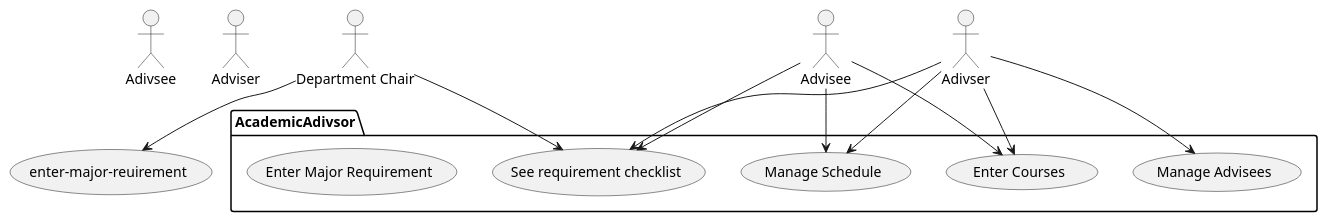
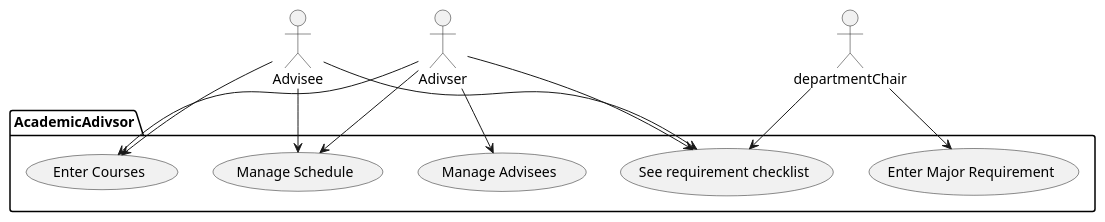
Before and after one commit to Jofosu/professor-student-advising-app: the diagram in Doc/use-cases/uml.puml, drawn with PlantUML.

Commit message:
fully fix uml

````diff
--- a/Doc/use-cases/uml.puml
+++ b/Doc/use-cases/uml.puml
@@ -1,23 +1,21 @@
 @startuml
-actor "Adivsee" as Adivsee
-actor "Adviser" as Adviser
-actor "Department Chair" as departmentChair
+
 
 package "AcademicAdivsor"{
   (See requirement checklist) as (check-major-requirments)
   (Enter Courses) as (enter-courses)
   (Manage Advisees) as (manage-advisees)
   (Manage Schedule) as (scheduling)
   (Enter Major Requirement) as (enter-major-requirement)
 }
 
 Advisee --> (check-major-requirments)
 Adivser --> (check-major-requirments)
 departmentChair --> (check-major-requirments)
+departmentChair --> (enter-major-requirement)
 Advisee --> (enter-courses)
 Adivser --> (enter-courses)
-departmentChair --> (enter-major-reuirement)
 Advisee --> (scheduling)
 Adivser --> (scheduling)
 Adivser --> (manage-advisees)
 @enduml ```
````
